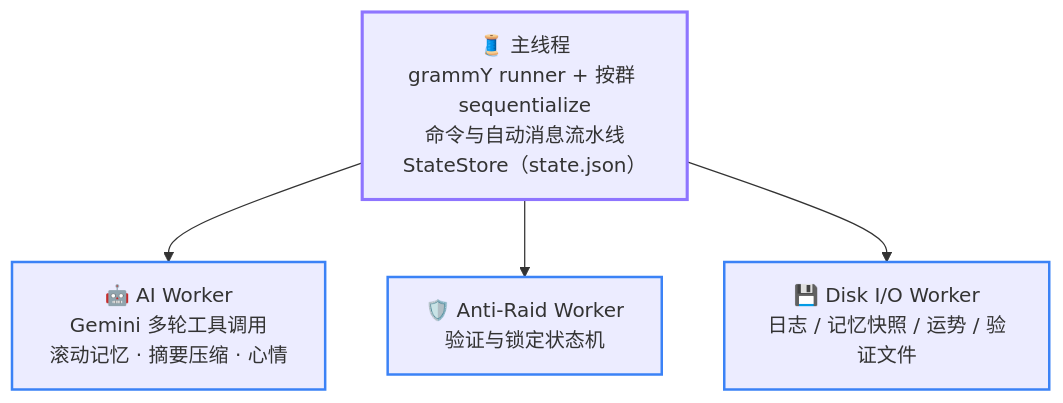
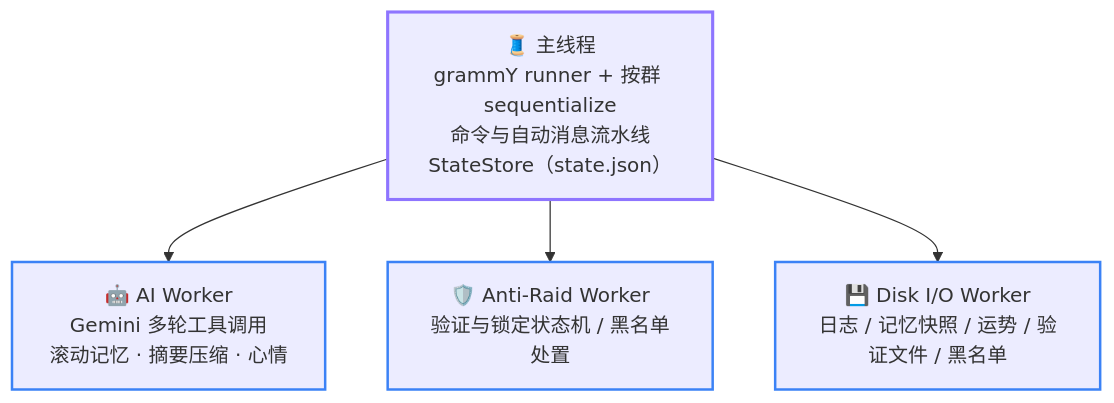
One commit to Asashishi/copy_ninjia changed the first of 2 diagrams in docs/02-architecture.md. Above: the diagram before and after it, drawn with Mermaid. The commit also changed other lines of this file and 152 other files, not shown here.

````diff
--- a/docs/02-architecture.md
+++ b/docs/02-architecture.md
@@ -17,14 +17,14 @@
 ```mermaid
 flowchart TD
     classDef main stroke:#8e75ff,stroke-width:2.5px;
     classDef worker stroke:#3b82f6,stroke-width:2px;
 
     MAIN["🧵 主线程<br/>grammY runner + 按群 sequentialize<br/>命令与自动消息流水线<br/>StateStore（state.json）"]:::main
     AI["🤖 AI Worker<br/>Gemini 多轮工具调用<br/>滚动记忆 · 摘要压缩 · 心情"]:::worker
-    RAID["🛡️ Anti-Raid Worker<br/>验证与锁定状态机"]:::worker
-    DISK["💾 Disk I/O Worker<br/>日志 / 记忆快照 / 运势 / 验证文件"]:::worker
+    RAID["🛡️ Anti-Raid Worker<br/>验证与锁定状态机 / 黑名单处置"]:::worker
+    DISK["💾 Disk I/O Worker<br/>日志 / 记忆快照 / 运势 / 验证文件 / 黑名单"]:::worker
 
     MAIN --> AI
     MAIN --> RAID
     MAIN --> DISK
 ```
````
